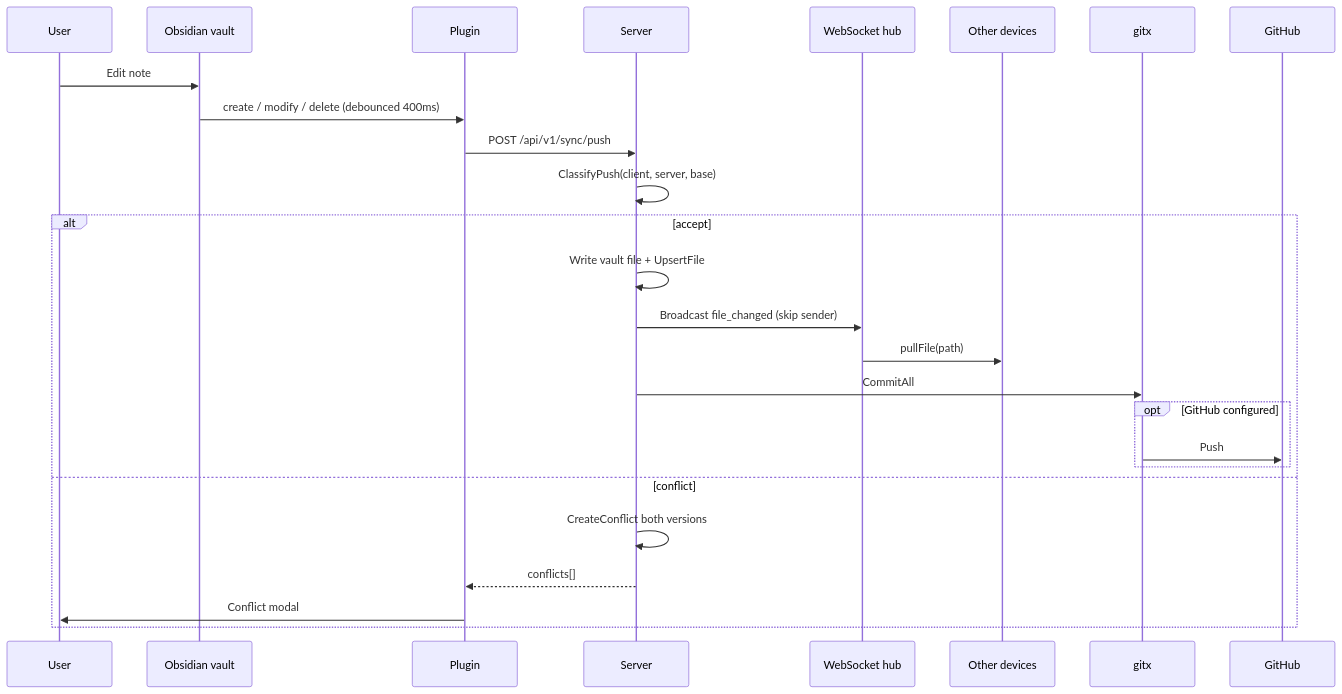
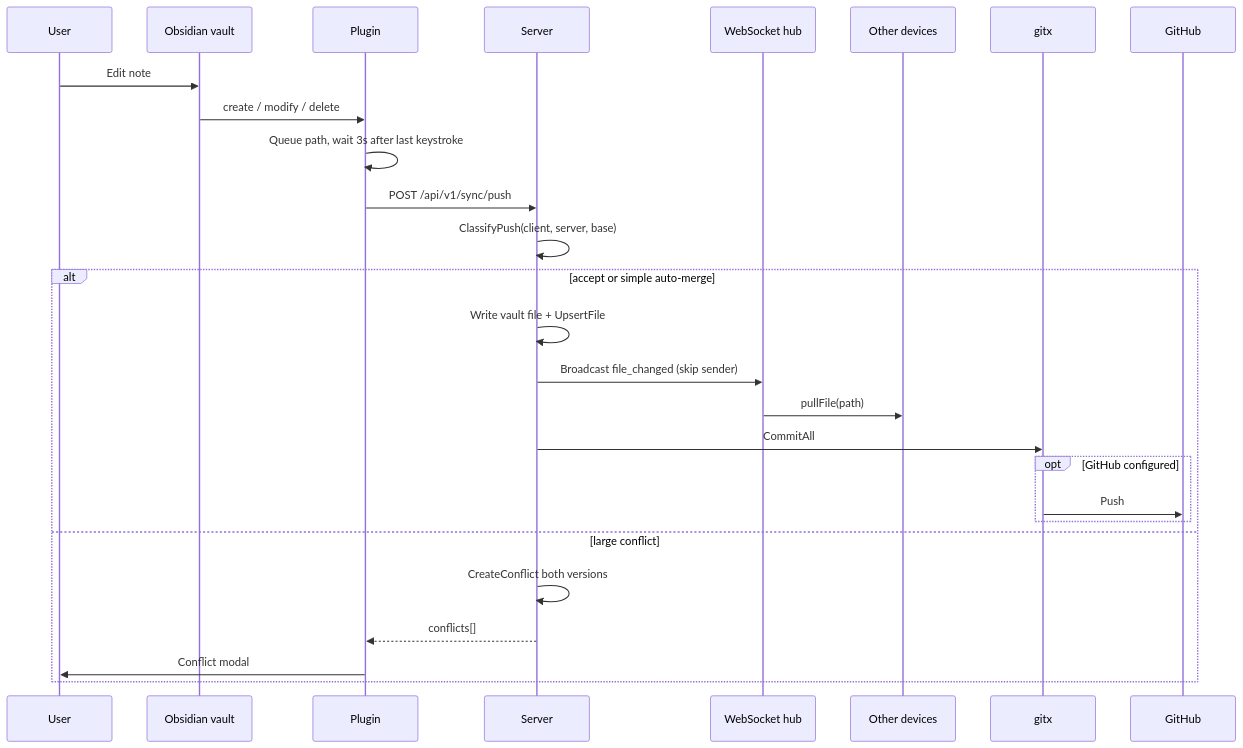
The sixth of 13 diagrams in docs/architecture.md (shangeethsivan/Syncidian), drawn with Mermaid before and after one commit. The commit also changed other lines of this file and 11 other files, not shown here.

First line of the commit message:
Fix folder deletes and wait 3s after typing before sync

````diff
--- a/docs/architecture.md
+++ b/docs/architecture.md
@@ -199,29 +204,30 @@
 ```mermaid
 sequenceDiagram
   participant User
   participant Vault as Obsidian vault
   participant Plugin as Plugin
   participant API as Server
   participant Hub as WebSocket hub
   participant Other as Other devices
   participant Git as gitx
   participant GH as GitHub
 
   User->>Vault: Edit note
-  Vault->>Plugin: create / modify / delete (debounced 400ms)
+  Vault->>Plugin: create / modify / delete
+  Plugin->>Plugin: Queue path, wait 3s after last keystroke
   Plugin->>API: POST /api/v1/sync/push
   API->>API: ClassifyPush(client, server, base)
-  alt accept
+  alt accept or simple auto-merge
     API->>API: Write vault file + UpsertFile
     API->>Hub: Broadcast file_changed (skip sender)
     Hub->>Other: pullFile(path)
     API->>Git: CommitAll
     opt GitHub configured
       Git->>GH: Push
     end
-  else conflict
+  else large conflict
     API->>API: CreateConflict both versions
     API-->>Plugin: conflicts[]
     Plugin->>User: Conflict modal
   end
 ```
````
